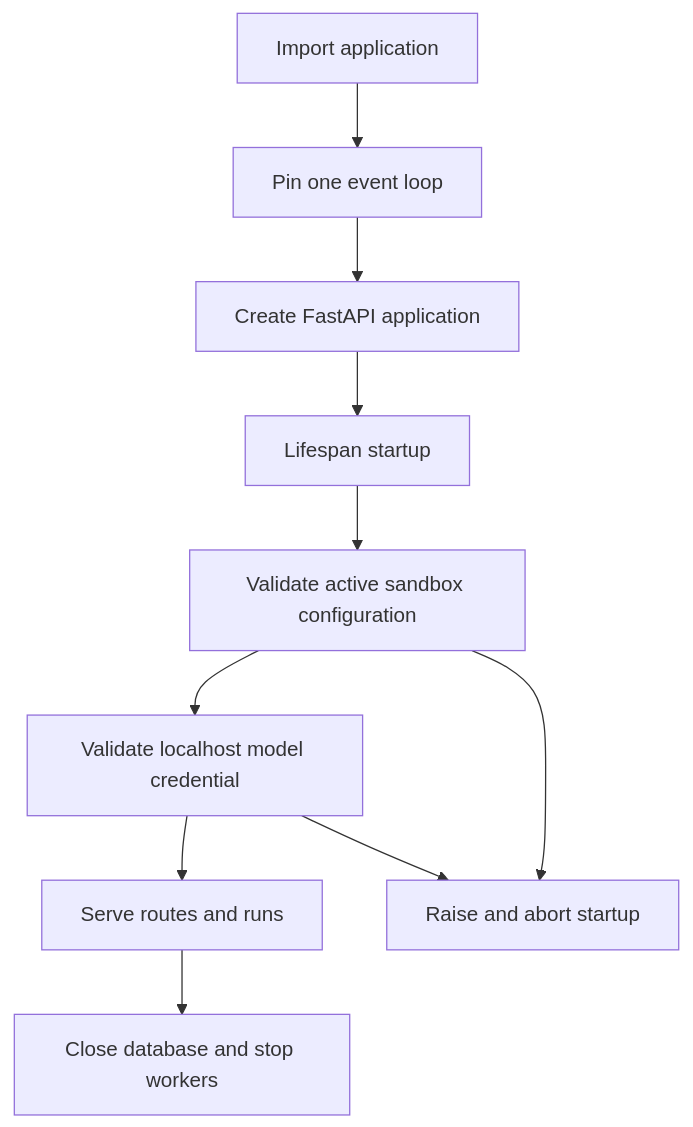
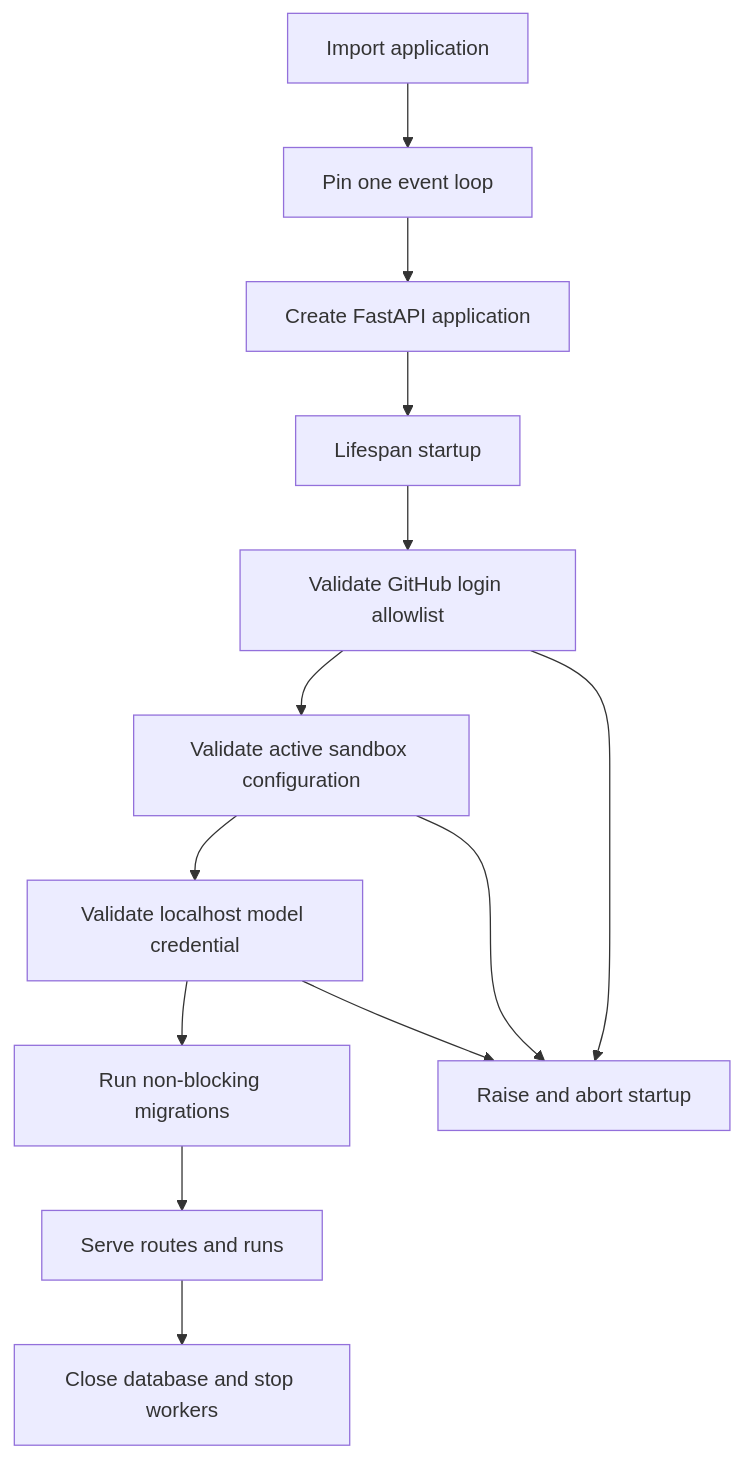
The diagram in openwiki/operations/configuration.md (aeteq/open-swe), drawn with Mermaid before and after one commit. The commit also changed other lines of this file and 41 other files, not shown here.

````diff
--- a/openwiki/operations/configuration.md
+++ b/openwiki/operations/configuration.md
@@ -64,12 +66,15 @@
 ```mermaid
 flowchart TD
     Init["Import application"] --> Pin["Pin one event loop"]
     Pin --> Build["Create FastAPI application"]
     Build --> Start["Lifespan startup"]
-    Start --> CheckSandbox["Validate active sandbox configuration"]
+    Start --> CheckAuth["Validate GitHub login allowlist"]
+    CheckAuth --> CheckSandbox["Validate active sandbox configuration"]
     CheckSandbox --> CheckModel["Validate localhost model credential"]
-    CheckModel --> Serve["Serve routes and runs"]
-    CheckSandbox --> Stop["Raise and abort startup"]
+    CheckModel --> Migrate["Run non-blocking migrations"]
+    Migrate --> Serve["Serve routes and runs"]
+    CheckAuth --> Stop["Raise and abort startup"]
+    CheckSandbox --> Stop
     CheckModel --> Stop
     Serve --> Close["Close database and stop workers"]
 ```
````
